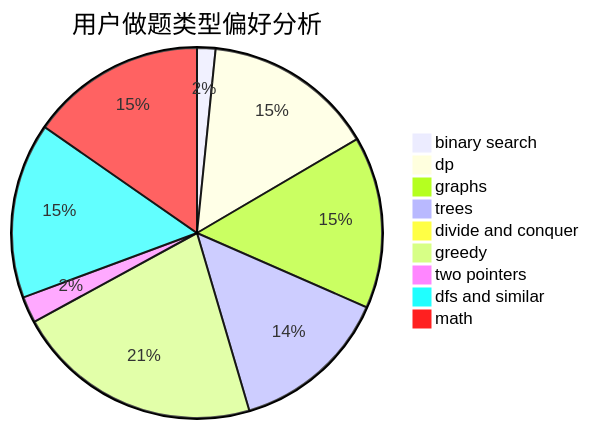
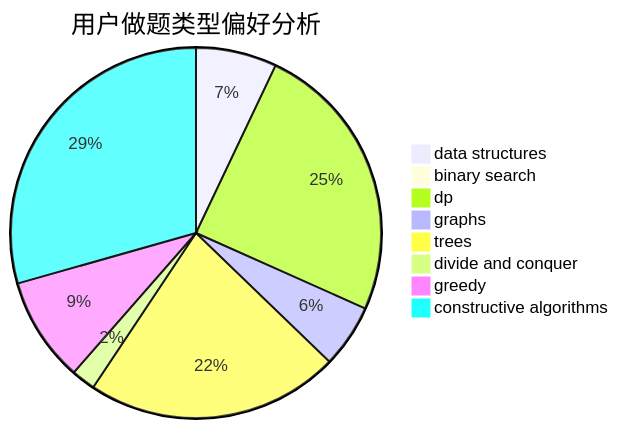
One commit to sherpahu/cfrs.github.io changed the second of 3 diagrams in docs/user/u2609.md. Above: the diagram before and after it, drawn with Mermaid. The commit also changed other lines of this file and 2775 other files, not shown here.

````diff
--- a/docs/user/u2609.md
+++ b/docs/user/u2609.md
@@ -23,12 +23,11 @@
 ```mermaid
 pie title 用户做题类型偏好分析
-    "binary search" :  21
-    "dp" :  195
-    "graphs" :  196
-    "trees" :  181
+    "data structures" :  37
+    "binary search" :  0
+    "dp" :  129
+    "graphs" :  29
+    "trees" :  116
     "divide and conquer" :  11
-    "greedy" :  282
-    "two pointers" :  30
-    "dfs and similar" :  200
-    "math" :  200
+    "greedy" :  48
+    "constructive algorithms" :  154
 ```
````
